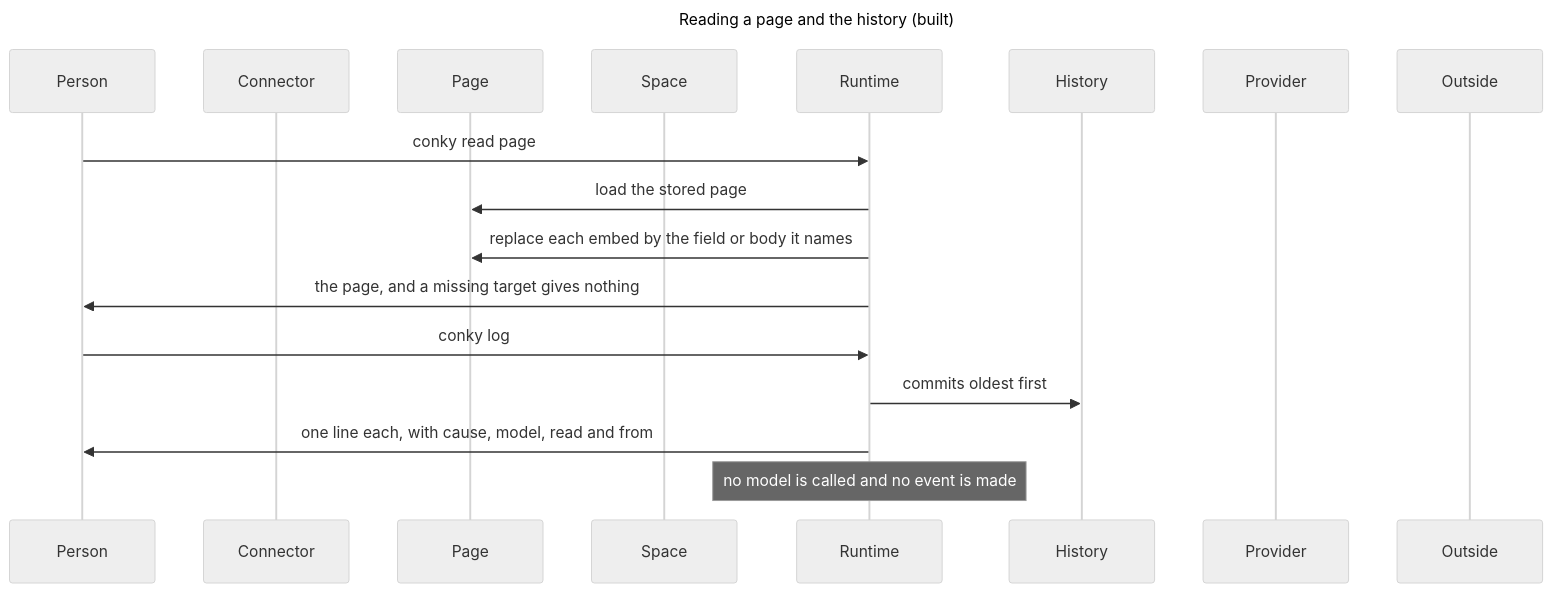
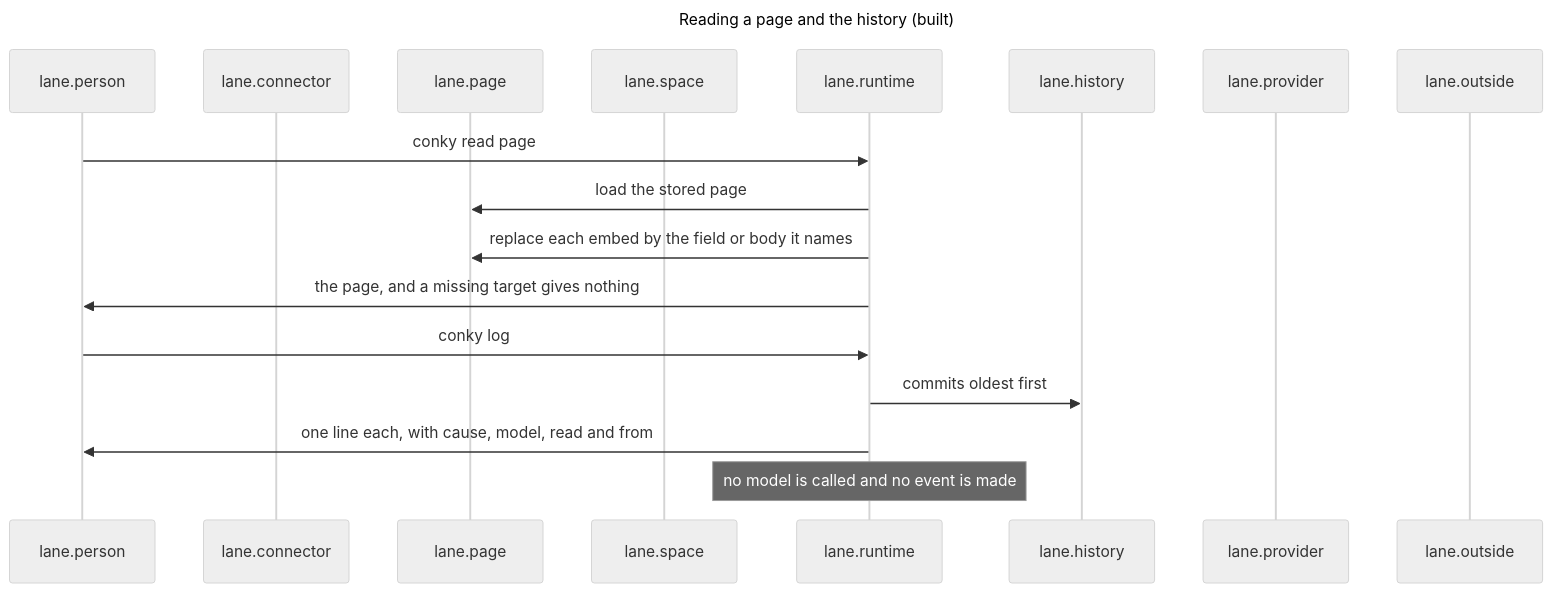
One commit to drksci/conky changed diagram 15 of 29 in docs/reference/architecture.md. Above: the diagram before and after it, drawn with Mermaid (neutral theme). The commit also changed other lines of this file and 84 other files, not shown here.

First line of the commit message:
refactor: give every part of the architecture a dotted name

````diff
--- a/docs/reference/architecture.md
+++ b/docs/reference/architecture.md
@@ -675,22 +705,22 @@
 ```mermaid
 ---
 title: Reading a page and the history (built)
 ---
 sequenceDiagram
-    participant Person
-    participant Connector
-    participant Page
-    participant Space
-    participant Runtime
-    participant History
-    participant Provider
-    participant Outside
-    Person->>Runtime: conky read page
-    Runtime->>Page: load the stored page
-    Runtime->>Page: replace each embed by the field or body it names
-    Runtime->>Person: the page, and a missing target gives nothing
-    Person->>Runtime: conky log
-    Runtime->>History: commits oldest first
-    Runtime->>Person: one line each, with cause, model, read and from
-    Note over Runtime: no model is called and no event is made
+    participant lane.person
+    participant lane.connector
+    participant lane.page
+    participant lane.space
+    participant lane.runtime
+    participant lane.history
+    participant lane.provider
+    participant lane.outside
+    lane.person->>lane.runtime: conky read page
+    lane.runtime->>lane.page: load the stored page
+    lane.runtime->>lane.page: replace each embed by the field or body it names
+    lane.runtime->>lane.person: the page, and a missing target gives nothing
+    lane.person->>lane.runtime: conky log
+    lane.runtime->>lane.history: commits oldest first
+    lane.runtime->>lane.person: one line each, with cause, model, read and from
+    Note over lane.runtime: no model is called and no event is made
 ```
````
